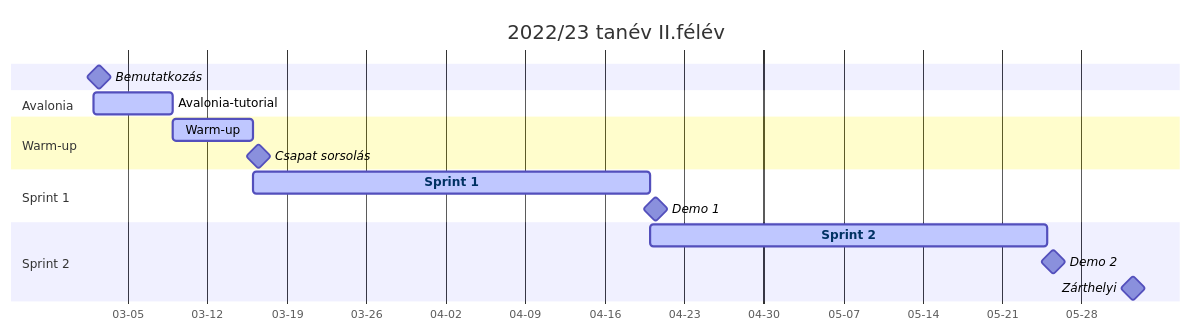
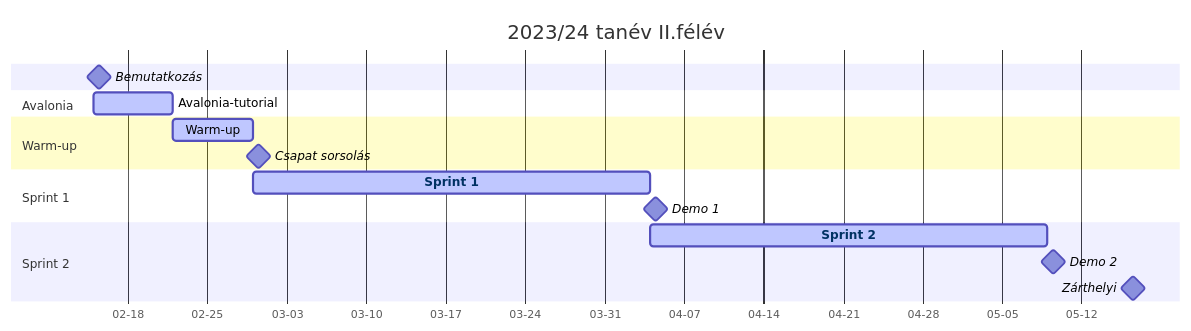
The diagram in src/schedule.md (zsalab-oe/handout-2024), drawn with Mermaid before and after one commit. The commit also changed other lines of this file, not shown here.

```diff
--- a/src/schedule.md
+++ b/src/schedule.md
@@ -34,21 +34,21 @@
 <div class="mermaid">
     gantt
     dateFormat  YYYY-MM-DD
     axisFormat  %m-%d
-    title 2022/23 tanév II.félév
-    Bemutatkozás :milestone, 2023-03-02, 1d
+    title 2023/24 tanév II.félév
+    Bemutatkozás :milestone, 2024-02-15, 1d
     section Avalonia
-        Avalonia-tutorial: active, avalonia-tutorial, 2023-03-02, 1w
+        Avalonia-tutorial: active, avalonia-tutorial, 2024-02-15, 1w
     section Warm-up
-        Warm-up :active, warmup, 2023-03-09, 1w
+        Warm-up :active, warmup, 2024-02-22, 1w
     Csapat sorsolás :milestone, after warmup, 1d
     section Sprint 1
         Sprint 1 :active, sprint1, after warmup, 5w
     Demo 1 :milestone, after sprint1, 1d
     section Sprint 2
         Sprint 2 :active, sprint2, after sprint1, 5w
     Demo 2 :milestone, after sprint2, 1d
-    Zárthelyi :milestone, 2023-06-01, 1d
+    Zárthelyi :milestone, 2024-05-16, 1d
     click sprint1 href "./sprint_1.html"
     click sprint2 href "./sprint_2.html"
 </div>
```
